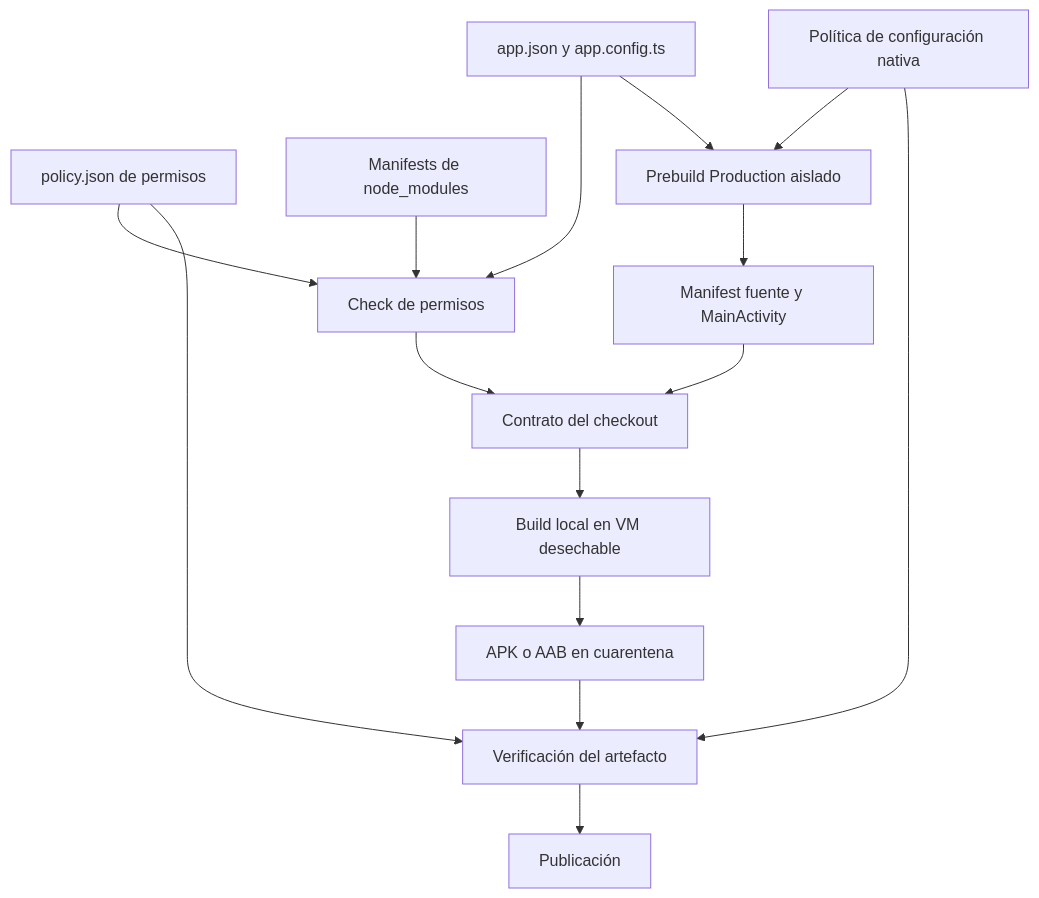
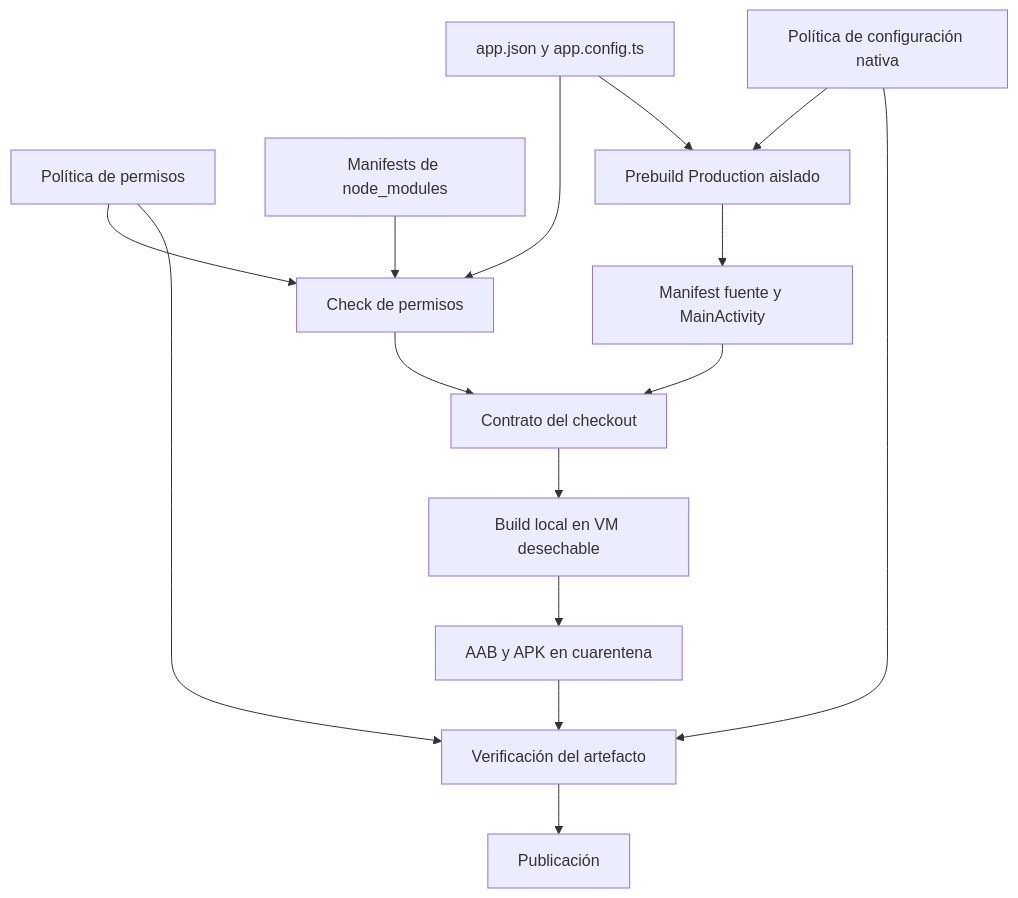
One commit to maximofn/gymnasia changed the diagram in openwiki/operations/android-permissions.md. Above: the diagram before and after it, drawn with Mermaid. The commit also changed other lines of this file and 22 other files, not shown here.

````diff
--- a/openwiki/operations/android-permissions.md
+++ b/openwiki/operations/android-permissions.md
@@ -65,17 +68,17 @@
 ```mermaid
 flowchart TD
     Config["app.json y app.config.ts"] --> PermissionCheck["Check de permisos"]
-    PermissionPolicy["policy.json de permisos"] --> PermissionCheck
+    PermissionPolicy["Política de permisos"] --> PermissionCheck
     Dependencies["Manifests de node_modules"] --> PermissionCheck
     Config --> Prebuild["Prebuild Production aislado"]
     NativePolicy["Política de configuración nativa"] --> Prebuild
     Prebuild --> SourceManifest["Manifest fuente y MainActivity"]
     PermissionCheck --> SourceGate["Contrato del checkout"]
     SourceManifest --> SourceGate
     SourceGate --> LocalBuild["Build local en VM desechable"]
-    LocalBuild --> Quarantine["APK o AAB en cuarentena"]
+    LocalBuild --> Quarantine["AAB y APK en cuarentena"]
     Quarantine --> ArtifactCheck["Verificación del artefacto"]
     PermissionPolicy --> ArtifactCheck
     NativePolicy --> ArtifactCheck
     ArtifactCheck --> Release["Publicación"]
 ```
````
